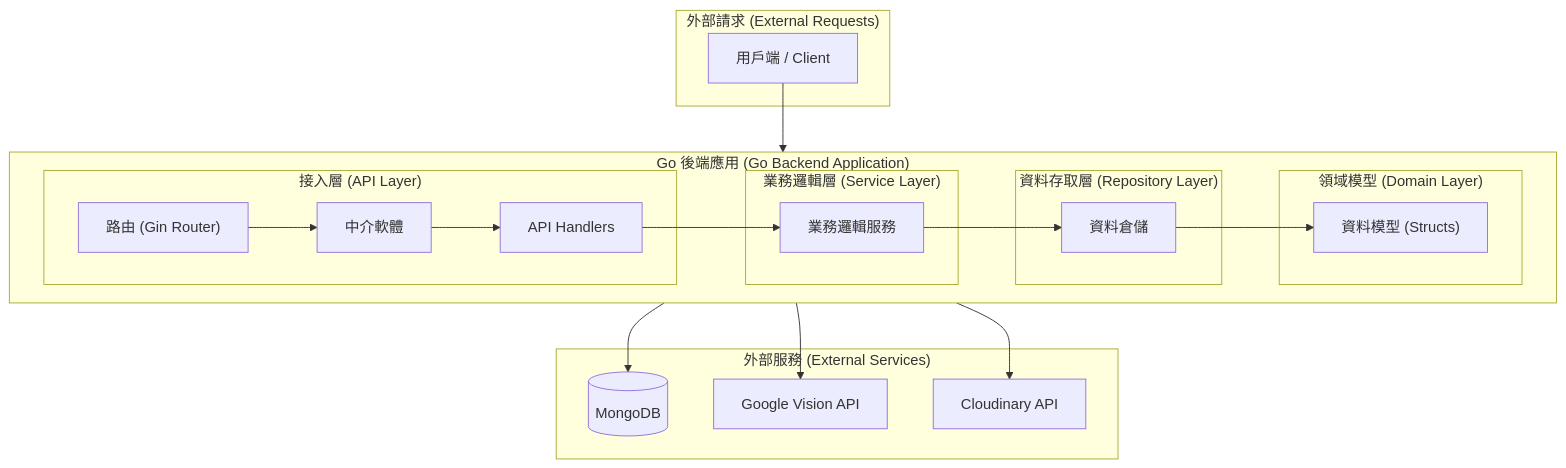
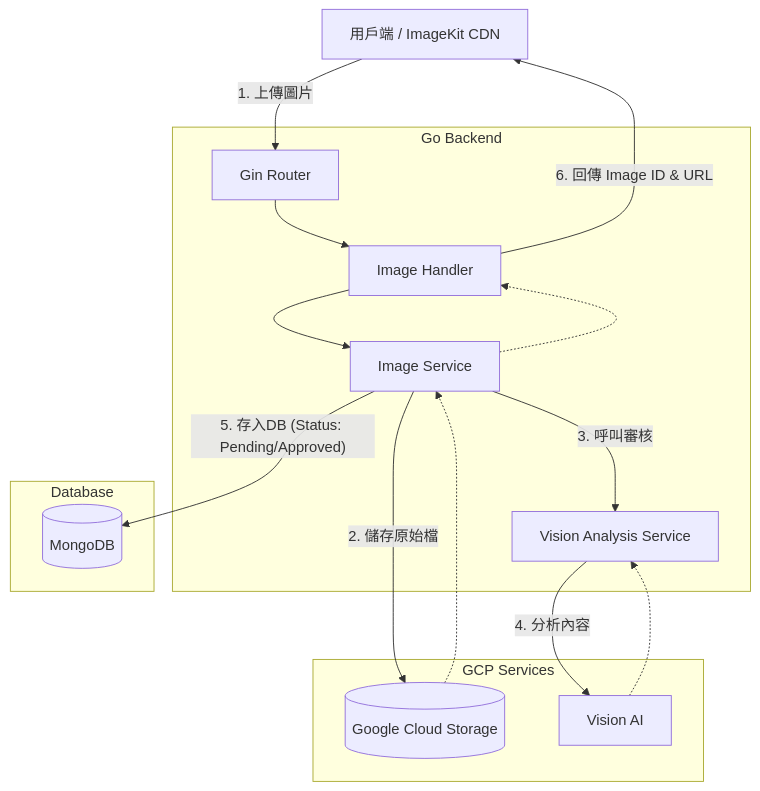
Before and after one commit to WuSKai403/taiwanstay-back: the diagram in DEVELOPMENT_GUIDE.md, drawn with Mermaid. The commit also changed other lines of this file and 21 other files, not shown here.

````diff
--- a/DEVELOPMENT_GUIDE.md
+++ b/DEVELOPMENT_GUIDE.md
@@ -45,43 +87,32 @@
 ```mermaid
 graph TD
-    subgraph "外部請求 (External Requests)"
-        Client[用戶端 / Client]
+    Client[用戶端 / ImageKit CDN]
+
+    subgraph "Go Backend"
+        Router[Gin Router]
+        ImgHandler[Image Handler]
+        ImgService[Image Service]
+        VisionService[Vision Analysis Service]
     end
 
-    subgraph "Go 後端應用 (Go Backend Application)"
-        direction LR
-        subgraph "接入層 (API Layer)"
-            Router["路由 (Gin Router)"]
-            Handlers[API Handlers]
-            Middleware[中介軟體]
-        end
-
-        subgraph "業務邏輯層 (Service Layer)"
-            Services[業務邏輯服務]
-        end
-
-        subgraph "資料存取層 (Repository Layer)"
-            Repositories[資料倉儲]
-        end
-
-        subgraph "領域模型 (Domain Layer)"
-            Models["資料模型 (Structs)"]
-        end
+    subgraph "GCP Services"
+        GCS[(Google Cloud Storage)]
+        VisionAPI[Vision AI]
     end
 
-    subgraph "外部服務 (External Services)"
+    subgraph "Database"
         MongoDB[(MongoDB)]
-        GoogleVision[Google Vision API]
-        Cloudinary[Cloudinary API]
     end
 
-    Client --> Router
-    Router --> Middleware
-    Middleware --> Handlers
-    Handlers --> Services
-    Services --> Repositories
-    Repositories --> Models
-    Repositories --> MongoDB
-    Services --> GoogleVision
-    Services --> Cloudinary
+    Client -- 1. 上傳圖片 --> Router
+    Router --> ImgHandler
+    ImgHandler --> ImgService
+    ImgService -- 2. 儲存原始檔 --> GCS
+    GCS -.-> ImgService
+    ImgService -- 3. 呼叫審核 --> VisionService
+    VisionService -- 4. 分析內容 --> VisionAPI
+    VisionAPI -.-> VisionService
+    ImgService -- 5. 存入DB (Status: Pending/Approved) --> MongoDB
+    ImgService -.-> ImgHandler
+    ImgHandler -- 6. 回傳 Image ID & URL --> Client
 ```
````
